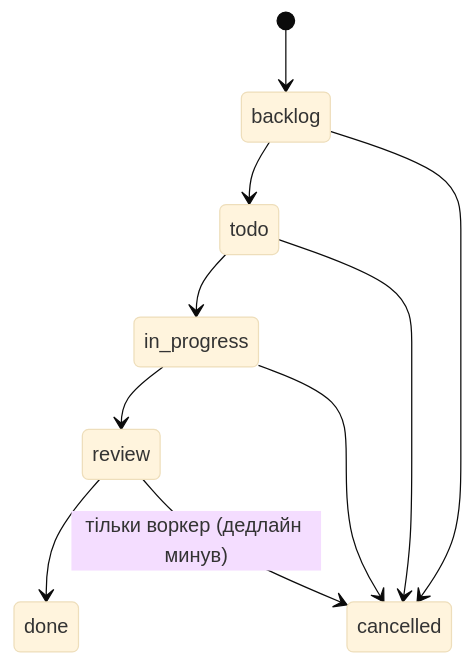
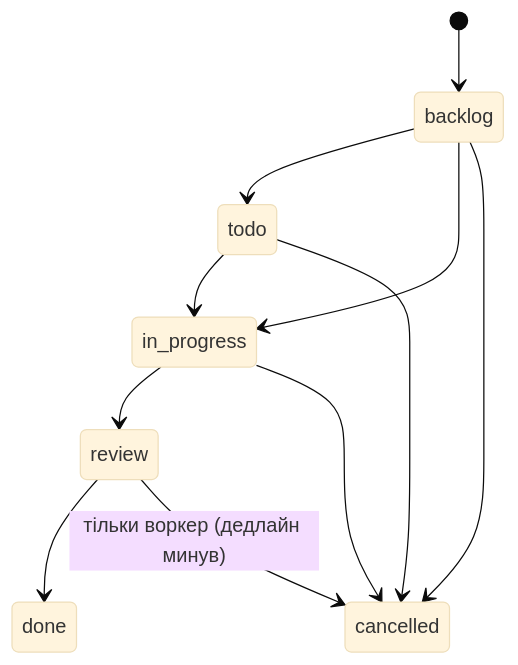
One commit to Cervin-van/task_menegement_api changed the diagram in README.md. Above: the diagram before and after it, drawn with Mermaid (base theme). The commit also changed other lines of this file and 22 other files, not shown here.

````diff
--- a/README.md
+++ b/README.md
@@ -109,12 +109,13 @@
 ```mermaid
 stateDiagram-v2
     [*] --> backlog
     backlog --> todo
+    backlog --> in_progress
     todo --> in_progress
     in_progress --> review
     review --> done
     backlog --> cancelled
     todo --> cancelled
     in_progress --> cancelled
     review --> cancelled: тільки воркер (дедлайн минув)
 ```
````
